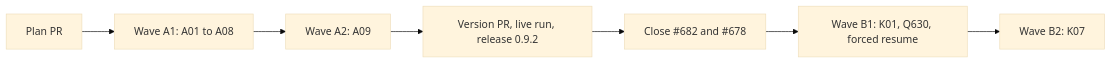
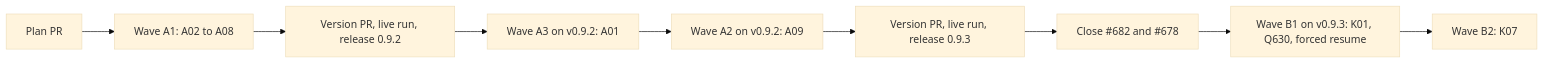
One commit to alfhen/agent-pr-pipeline changed the diagram in docs/plan-0.9.2.md. Above: the diagram before and after it, drawn with Mermaid (base theme). The commit also changed other lines of this file, not shown here.

First line of the commit message:
Plan 0.9.2 amendment 1: A01 and A09 on v0.9.2, release 0.9.3 (#710)

````diff
--- a/docs/plan-0.9.2.md
+++ b/docs/plan-0.9.2.md
@@ -73,4 +74,4 @@
 ```mermaid
 flowchart LR
-  P[Plan PR] --> A1[Wave A1: A01 to A08] --> A2[Wave A2: A09] --> R[Version PR, live run, release 0.9.2] --> C[Close #682 and #678] --> B1[Wave B1: K01, Q630, forced resume] --> B2[Wave B2: K07]
+  P[Plan PR] --> A1[Wave A1: A02 to A08] --> R[Version PR, live run, release 0.9.2] --> A3[Wave A3 on v0.9.2: A01] --> A2[Wave A2 on v0.9.2: A09] --> R3[Version PR, live run, release 0.9.3] --> C[Close #682 and #678] --> B1[Wave B1 on v0.9.3: K01, Q630, forced resume] --> B2[Wave B2: K07]
 ```
````
